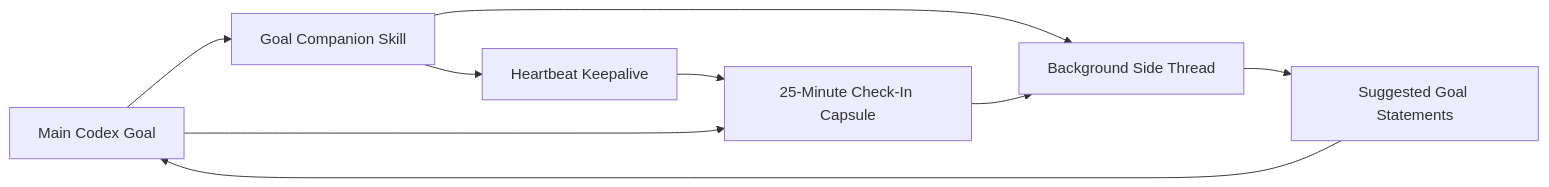
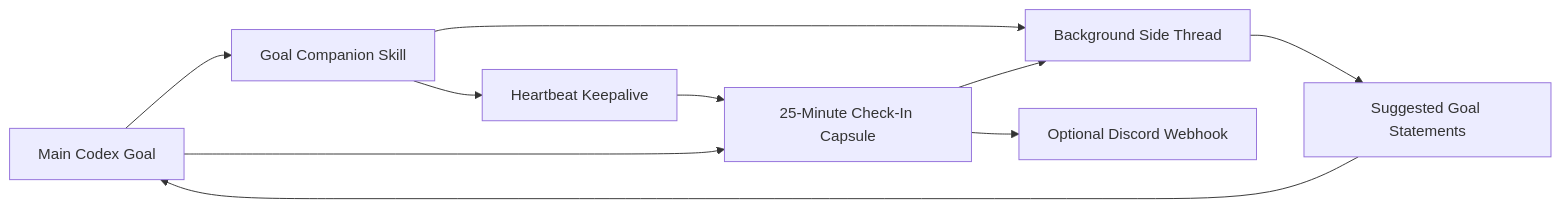
One commit to bhupendrafire-ai/goal-companion-skill changed the diagram in README.md. Above: the diagram before and after it, drawn with Mermaid. The commit also changed other lines of this file, not shown here.

Commit message:
Document Discord webhook check-ins

````diff
--- a/README.md
+++ b/README.md
@@ -128,11 +170,12 @@
 ```mermaid
 flowchart LR
     A[Main Codex Goal] --> B[Goal Companion Skill]
     B --> C[Background Side Thread]
     A --> D[25-Minute Check-In Capsule]
     D --> C
     C --> E[Suggested Goal Statements]
     E --> A
     B --> F[Heartbeat Keepalive]
     F --> D
+    D --> G[Optional Discord Webhook]
 ```
````
